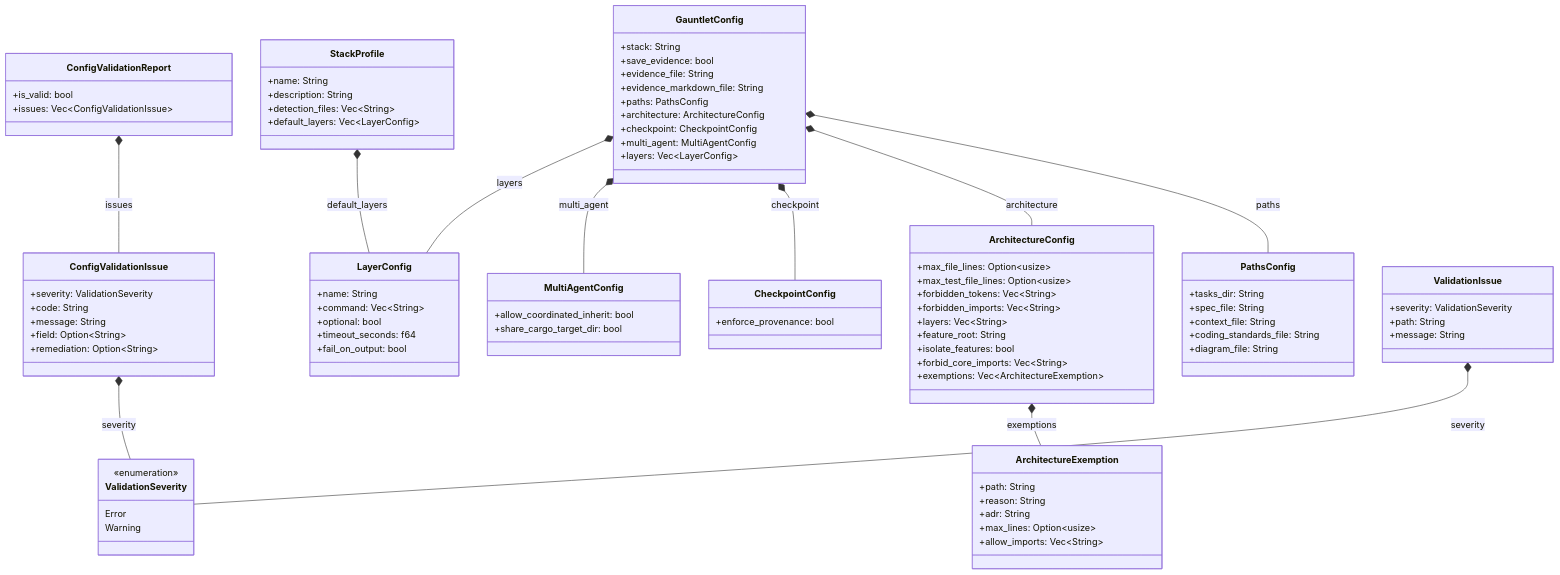
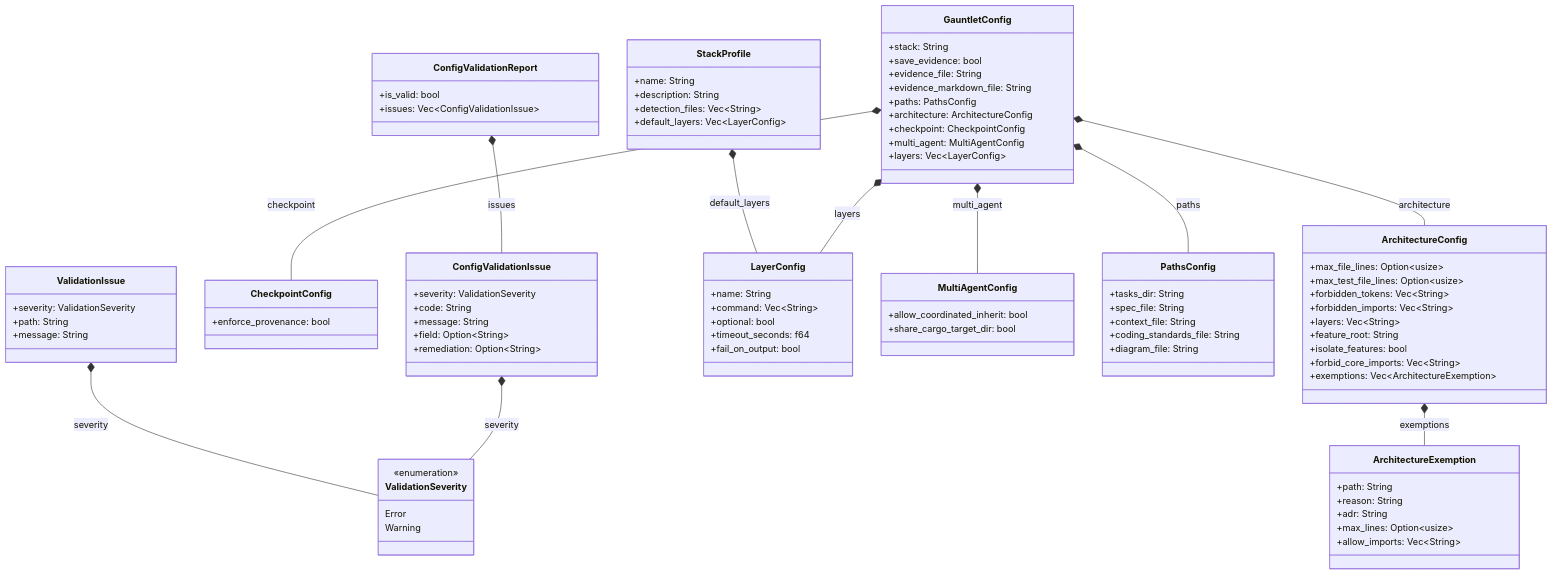
One commit to rolfmadsen/xgauntlet changed the diagram in docs/architecture/config.md. Above: the diagram before and after it, drawn with Mermaid. The commit also changed other lines of this file and 17 other files, not shown here.

````diff
--- a/docs/architecture/config.md
+++ b/docs/architecture/config.md
@@ -101,14 +101,14 @@
         Warning
     }
 
+    StackProfile *-- LayerConfig : default_layers
+    ValidationIssue *-- ValidationSeverity : severity
     ConfigValidationReport *-- ConfigValidationIssue : issues
     ArchitectureConfig *-- ArchitectureExemption : exemptions
-    ValidationIssue *-- ValidationSeverity : severity
     ConfigValidationIssue *-- ValidationSeverity : severity
     GauntletConfig *-- PathsConfig : paths
     GauntletConfig *-- ArchitectureConfig : architecture
     GauntletConfig *-- CheckpointConfig : checkpoint
     GauntletConfig *-- MultiAgentConfig : multi_agent
     GauntletConfig *-- LayerConfig : layers
-    StackProfile *-- LayerConfig : default_layers
 ```
````
